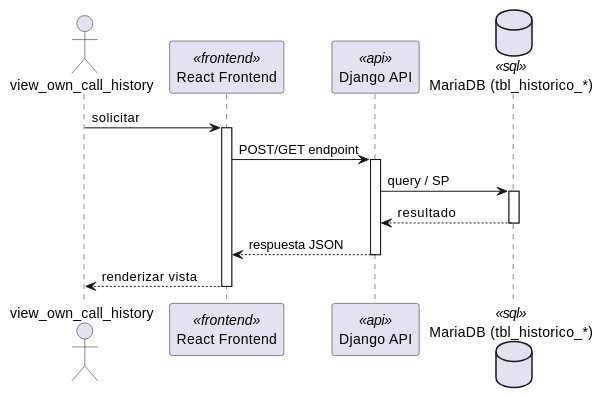
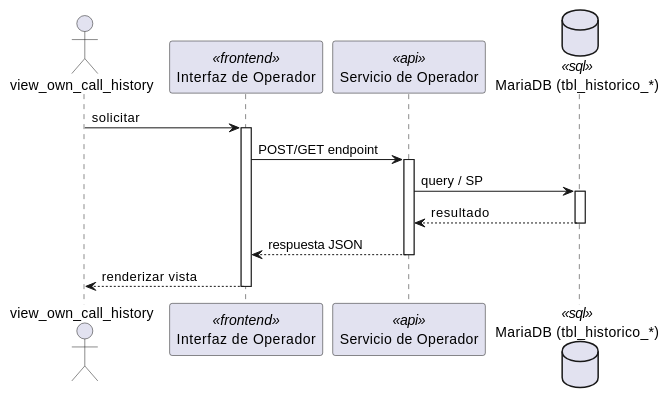
The first of 2 diagrams in source/arquitectura-tecnica/DesignView/opr-09.rst (jcg-admin/IACT-docs), drawn with PlantUML before and after one commit. The commit also changed other lines of this file and 243 other files, not shown here.

First line of the commit message:
Add missing diagrams and fix participant names across Kruchten views

```diff
--- a/source/arquitectura-tecnica/DesignView/opr-09.rst
+++ b/source/arquitectura-tecnica/DesignView/opr-09.rst
@@ -22,28 +22,28 @@
 .. uml::
  :caption: UC_OPR_09 — Design View (secuencia)
 
  @startuml
 
  actor "view_own_call_history" as view_own_call_history
- participant "React Frontend" as Frontend <<frontend>>
- participant "Django API" as APIServer <<api>>
- database "MariaDB (tbl_historico_*)" as BaseDatos <<sql>>
+ participant "Interfaz de Operador" as Iface <<frontend>>
+ participant "Servicio de Operador" as SvcNode <<api>>
+ database "MariaDB (tbl_historico_*)" as Store <<sql>>
 
- view_own_call_history -> Frontend : solicitar
- activate Frontend
+ view_own_call_history -> Iface : solicitar
+ activate Iface
 
- Frontend -> APIServer : POST/GET endpoint
- activate APIServer
+ Iface -> SvcNode : POST/GET endpoint
+ activate SvcNode
 
- APIServer -> BaseDatos : query / SP
- activate BaseDatos
- BaseDatos --> APIServer : resultado
- deactivate BaseDatos
+ SvcNode -> Store : query / SP
+ activate Store
+ Store --> SvcNode : resultado
+ deactivate Store
 
- APIServer --> Frontend : respuesta JSON
- deactivate APIServer
+ SvcNode --> Iface : respuesta JSON
+ deactivate SvcNode
 
- Frontend --> view_own_call_history : renderizar vista
- deactivate Frontend
+ Iface --> view_own_call_history : renderizar vista
+ deactivate Iface
 
  @enduml
```
